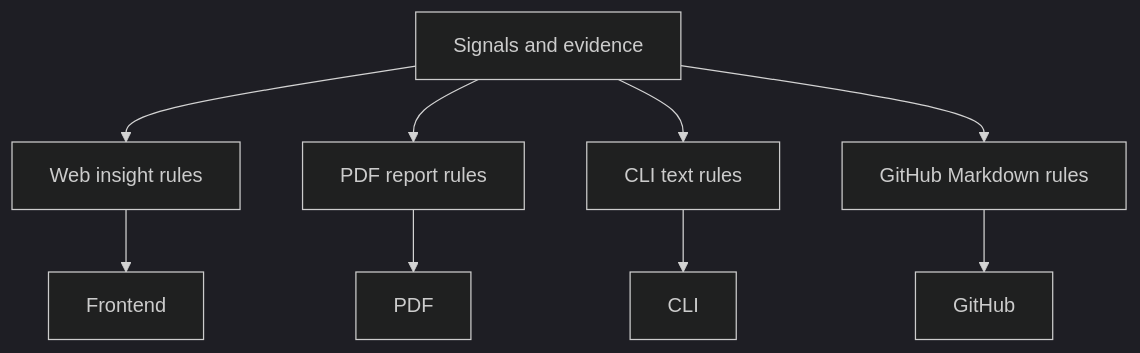
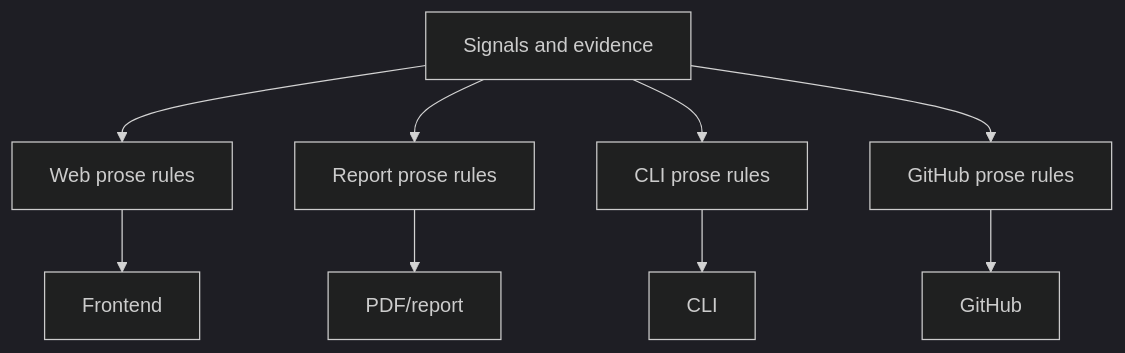
Before and after one commit to ganakailabs/signalstory: the first of 2 diagrams in README.md, drawn with Mermaid (dark theme). The commit also changed other lines of this file, not shown here.

````diff
--- a/README.md
+++ b/README.md
@@ -14,12 +172,12 @@
 ```mermaid
 flowchart TD
   Signals["Signals and evidence"]
-  Signals --> WebRules["Web insight rules"]
-  Signals --> PdfRules["PDF report rules"]
-  Signals --> CliRules["CLI text rules"]
-  Signals --> GithubRules["GitHub Markdown rules"]
+  Signals --> WebRules["Web prose rules"]
+  Signals --> PdfRules["Report prose rules"]
+  Signals --> CliRules["CLI prose rules"]
+  Signals --> GithubRules["GitHub prose rules"]
   WebRules --> Web["Frontend"]
-  PdfRules --> Pdf["PDF"]
+  PdfRules --> Pdf["PDF/report"]
   CliRules --> Cli["CLI"]
   GithubRules --> Github["GitHub"]
 ```
````
